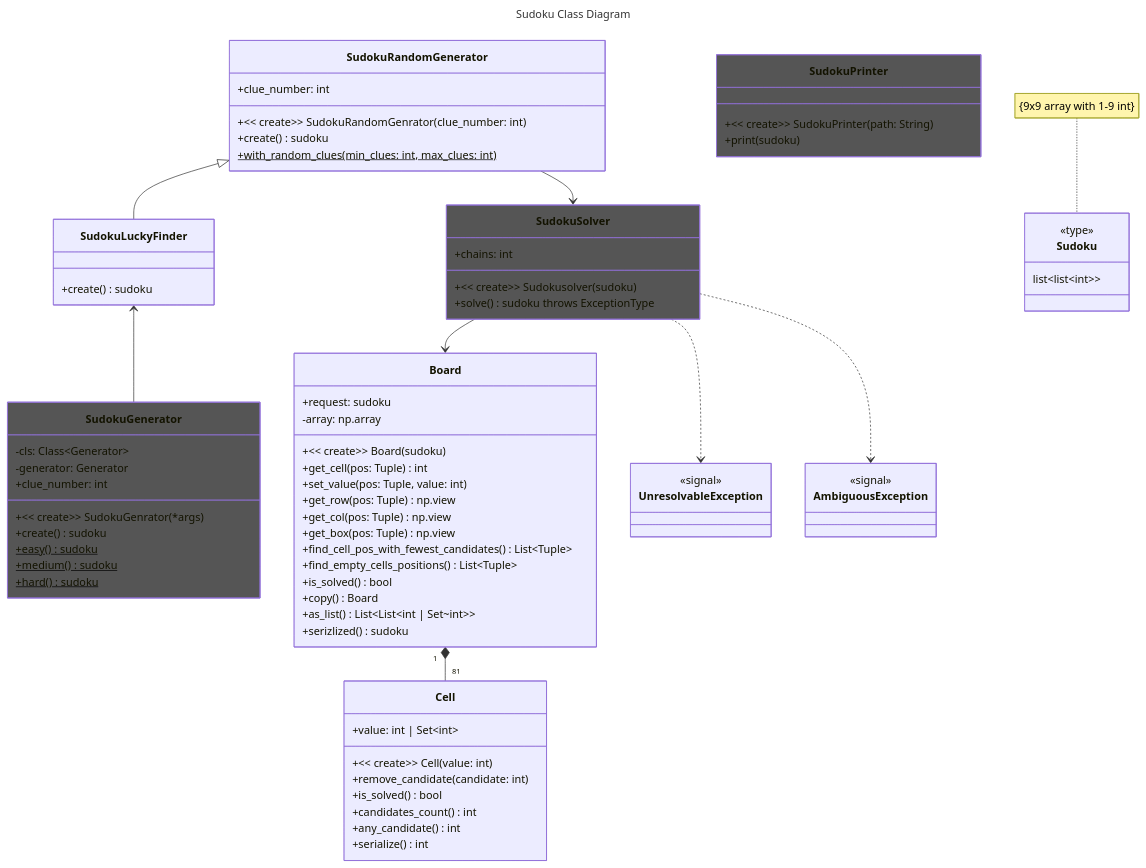
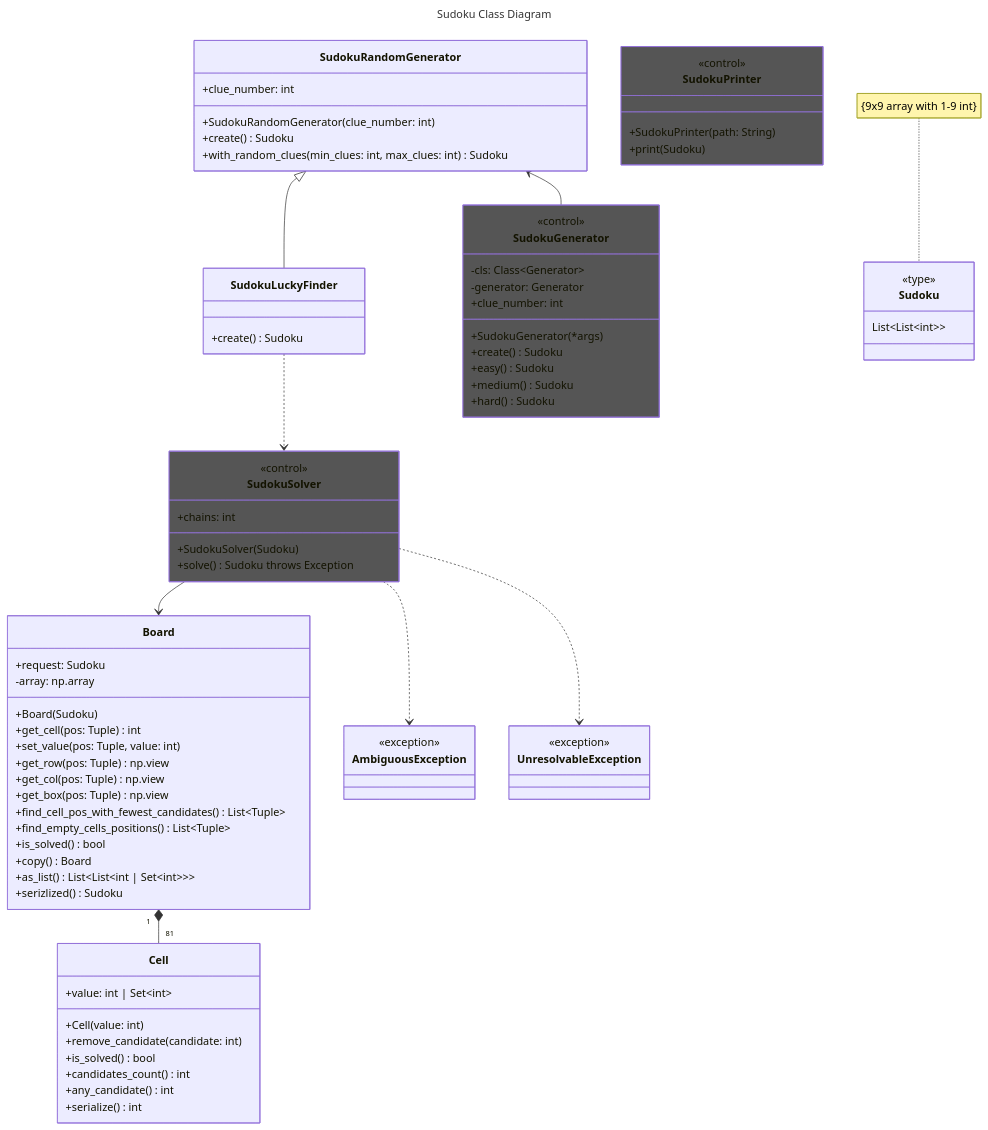
One commit to rk814/sudoku-solver changed the diagram in readme.md. Above: the diagram before and after it, drawn with Mermaid. The commit also changed other lines of this file, not shown here.

```diff
--- a/readme.md
+++ b/readme.md
@@ -30,15 +37,15 @@
 classDiagram
     direction TB
     class SudokuRandomGenerator {
-        +~~ create~~ SudokuRandomGenrator(clue_number: int)
+        +SudokuRandomGenerator(clue_number: int)
         +clue_number: int
-        +create() sudoku
-        +with_random_clues(min_clues: int, max_clues: int)$
+        +create() Sudoku
+        +with_random_clues(min_clues: int, max_clues: int) Sudoku
     }
 
     class Board {
-        +~~ create~~ Board(sudoku)
-        +request: sudoku
+        +Board(Sudoku)
+        +request: Sudoku
         -array: np.array
         +get_cell(pos: Tuple) int
         +set_value(pos: Tuple, value: int)
@@ -49,11 +56,11 @@
         +find_empty_cells_positions() List~Tuple~
         +is_solved() bool
         +copy() Board
-        +as_list() List~List~int | Set~int~~
-        +serizlized() sudoku
+        +as_list() List~List~int | Set~int~~~
+        +serizlized() Sudoku
     }
     class Cell {
-        +~~ create~~ Cell(value: int)
+        +Cell(value: int)
         +value: int | Set~int~
         +remove_candidate(candidate: int)
         +is_solved() bool
@@ -62,44 +69,47 @@
         +serialize() int
     }
     class SudokuLuckyFinder {
-        +create() sudoku
+        +create() Sudoku
     }
     class SudokuGenerator {
-        +~~ create~~ SudokuGenrator(*args)
+         <<control>>
+        +SudokuGenerator(*args)
         -cls: Class~Generator~
         -generator: Generator
         +clue_number: int
-        +create() sudoku
-        +easy()$ sudoku
-        +medium()$ sudoku
-        +hard()$ sudoku
+        +create() Sudoku
+        +easy() Sudoku
+        +medium() Sudoku
+        +hard() Sudoku
     }
     style SudokuGenerator fill: #555
     class SudokuSolver {
-        +~~ create~~ Sudokusolver(sudoku)
+        <<control>>
+        +SudokuSolver(Sudoku)
         +chains: int
-        +solve() sudoku throws ExceptionType
+        +solve() Sudoku throws Exception
     }
     style SudokuSolver fill: #555
     class SudokuPrinter {
-        +~~ create~~ SudokuPrinter(path: String)
-        +print(sudoku)
+         <<control>>
+        +SudokuPrinter(path: String)
+        +print(Sudoku)
     }
     style SudokuPrinter fill: #555
     class AmbiguousException {
-        <<signal>>
+        <<exception>>
     }
     class UnresolvableException {
-        <<signal>>
+        <<exception>>
     }
     class Sudoku {
         <<type>>
-        list~list~int~~
+        List~List~int~~
     }
     note for Sudoku "{9x9 array with 1-9 int}"
     SudokuRandomGenerator <|-- SudokuLuckyFinder
-    SudokuLuckyFinder <-- SudokuGenerator
-    SudokuRandomGenerator --> SudokuSolver
+    SudokuLuckyFinder ..> SudokuSolver
+    SudokuRandomGenerator <-- SudokuGenerator
     Board "1" *-- "81" Cell
     SudokuSolver --> Board
     SudokuSolver ..> UnresolvableException
```
